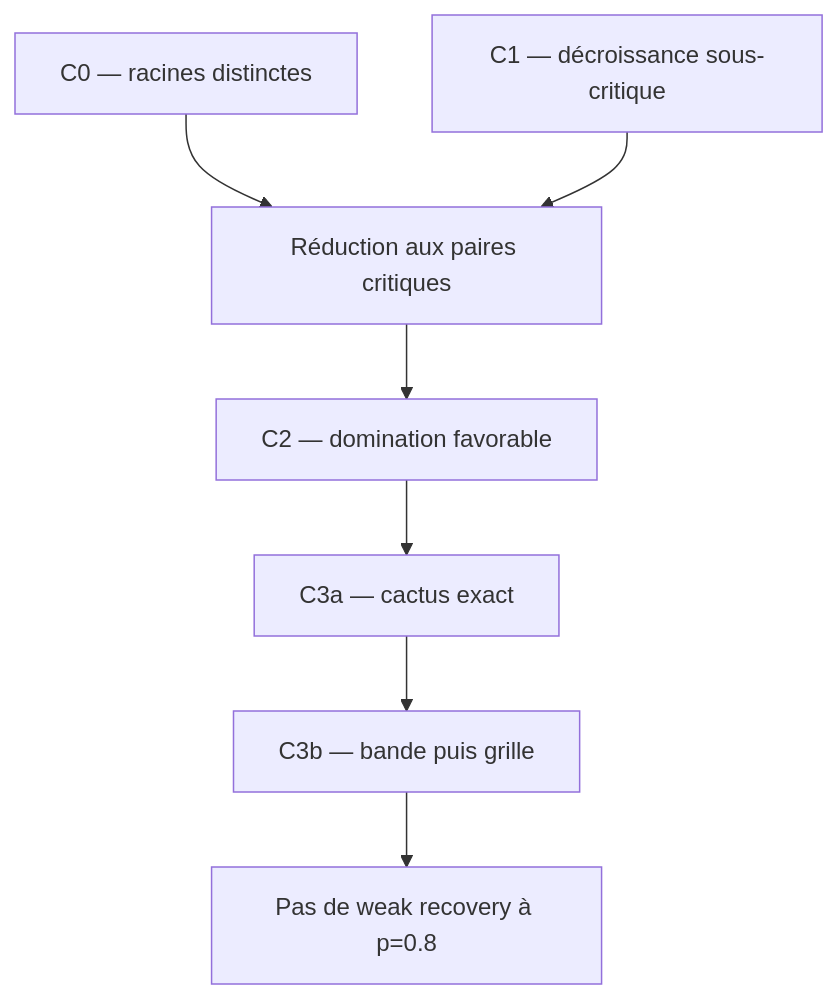
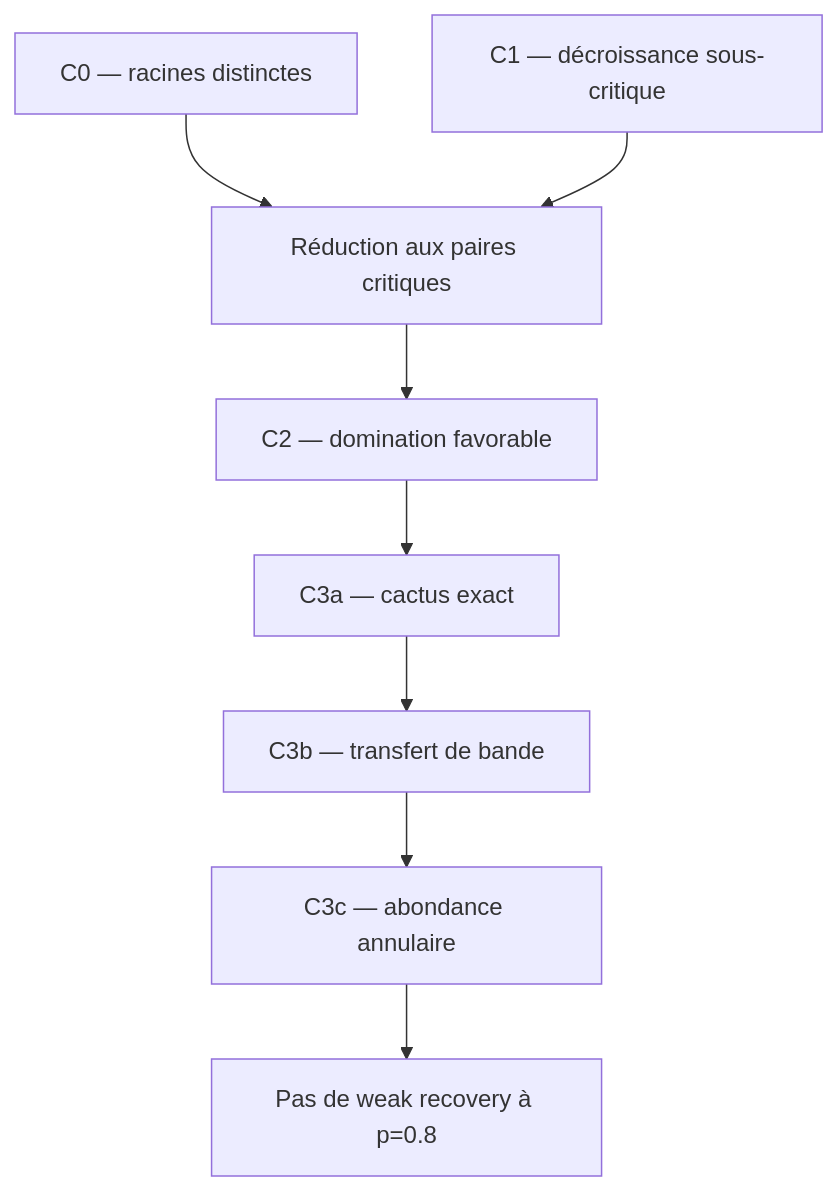
Before and after one commit to Ludwig-H/Presentation-MathNet-2026-06-15: the diagram in research/hierarchical-swendsen-wang/README.md, drawn with Mermaid. The commit also changed other lines of this file and 4 other files, not shown here.

Commit message:
Formalize optimal hierarchical weak-recovery obstruction

````diff
--- a/research/hierarchical-swendsen-wang/README.md
+++ b/research/hierarchical-swendsen-wang/README.md
@@ -147,9 +149,10 @@
 ```mermaid
 flowchart TD
     C0["C0 — racines distinctes"] --> R["Réduction aux paires critiques"]
     C1["C1 — décroissance sous-critique"] --> R
     R --> C2["C2 — domination favorable"]
     C2 --> C3a["C3a — cactus exact"]
-    C3a --> C3b["C3b — bande puis grille"]
-    C3b --> W["Pas de weak recovery à p=0.8"]
+    C3a --> C3b["C3b — transfert de bande"]
+    C3b --> C3c["C3c — abondance annulaire"]
+    C3c --> W["Pas de weak recovery à p=0.8"]
 ```
````
